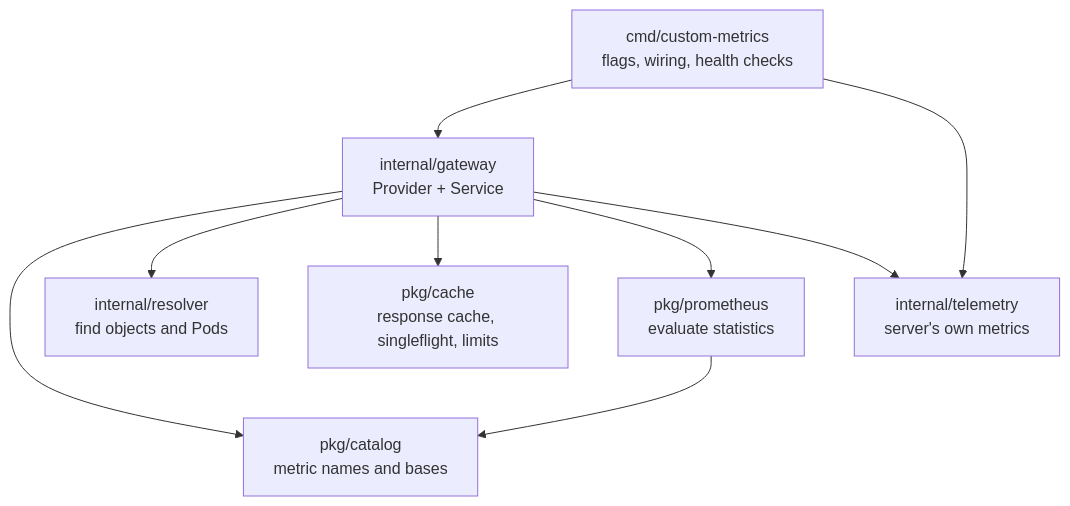
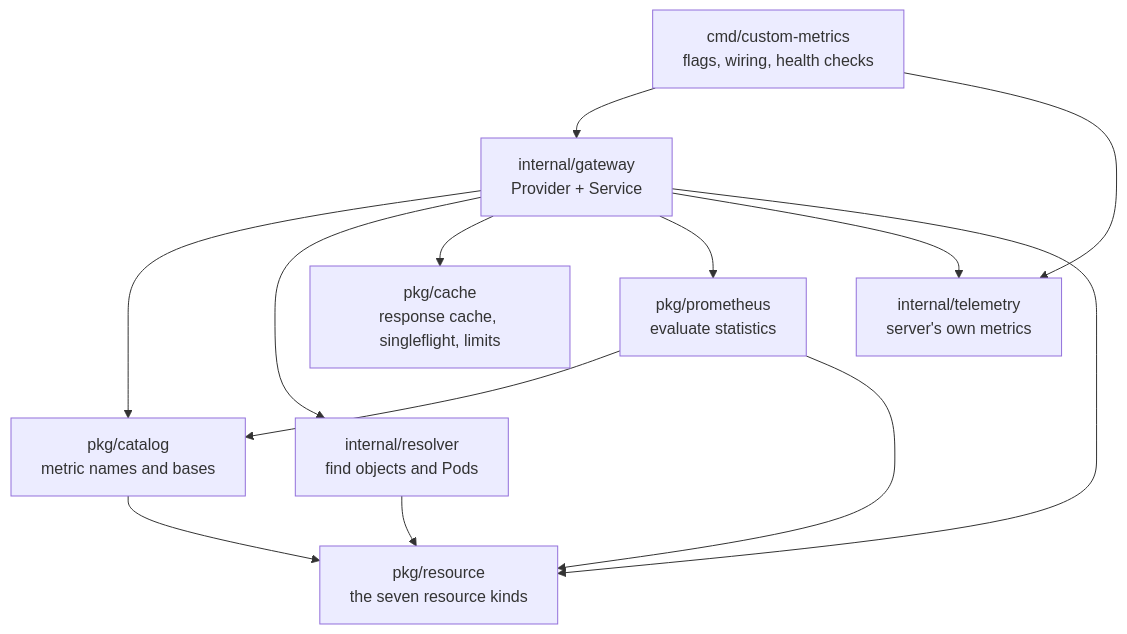
One commit to sergelogvinov/kubernetes-custom-metrics changed the second of 3 diagrams in docs/architecture.md. Above: the diagram before and after it, drawn with Mermaid. The commit also changed other lines of this file and 21 other files, not shown here.

````diff
--- a/docs/architecture.md
+++ b/docs/architecture.md
@@ -63,19 +63,24 @@
 ```mermaid
 flowchart TD
     main[cmd/custom-metrics<br/>flags, wiring, health checks]
     provider[internal/gateway<br/>Provider + Service]
     catalog[pkg/catalog<br/>metric names and bases]
     resolver[internal/resolver<br/>find objects and Pods]
     cache[pkg/cache<br/>response cache, singleflight, limits]
     prom[pkg/prometheus<br/>evaluate statistics]
     tel[internal/telemetry<br/>server's own metrics]
+    res[pkg/resource<br/>the seven resource kinds]
 
     main --> provider
     main --> tel
     provider --> catalog
     provider --> resolver
     provider --> cache
     provider --> prom
     provider --> tel
     prom --> catalog
+    provider --> res
+    catalog --> res
+    resolver --> res
+    prom --> res
 ```
````
